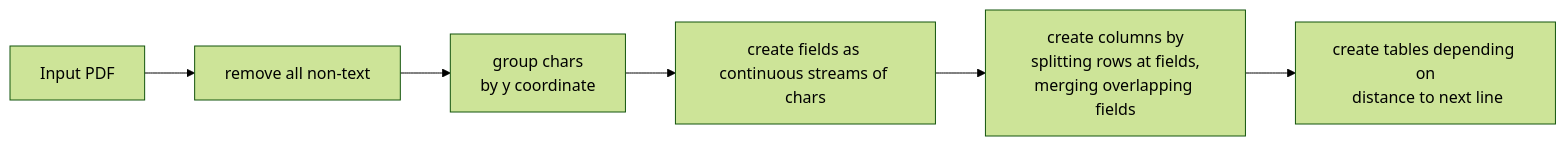
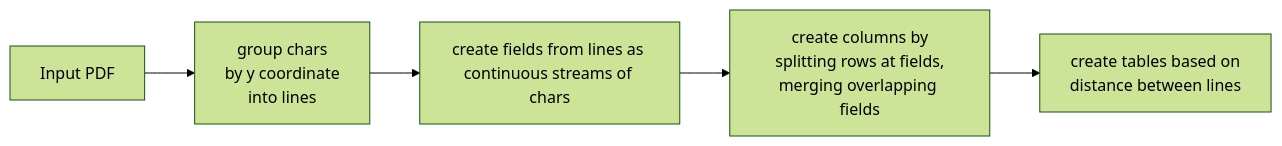
Before and after one commit to heijul/pdf2gtfs: the diagram in blog_post/project-transform-timetables-into-gtfs.md, drawn with Mermaid (forest theme). The commit also changed other lines of this file, not shown here.

````diff
--- a/blog_post/project-transform-timetables-into-gtfs.md
+++ b/blog_post/project-transform-timetables-into-gtfs.md
@@ -45,7 +61,8 @@
 ```mermaid
 flowchart LR
-id00[Input PDF] --> id01[remove all non-text] --> id02[group chars \nby y coordinate]
- --> id03[create fields as \ncontinuous streams of chars] 
- --> id04[create columns by\nsplitting rows at fields,\nmerging overlapping fields]
- --> id05[create tables depending on\n distance to next line]
+id01[Input PDF] 
+--> id02[group chars \nby y coordinate\n into lines ]
+--> id03[create fields from lines as \ncontinuous streams of chars ]
+--> id04[create columns by\nsplitting rows at fields,\nmerging overlapping fields ]
+--> id05[create tables based on\n distance between lines ]
 ```
````
